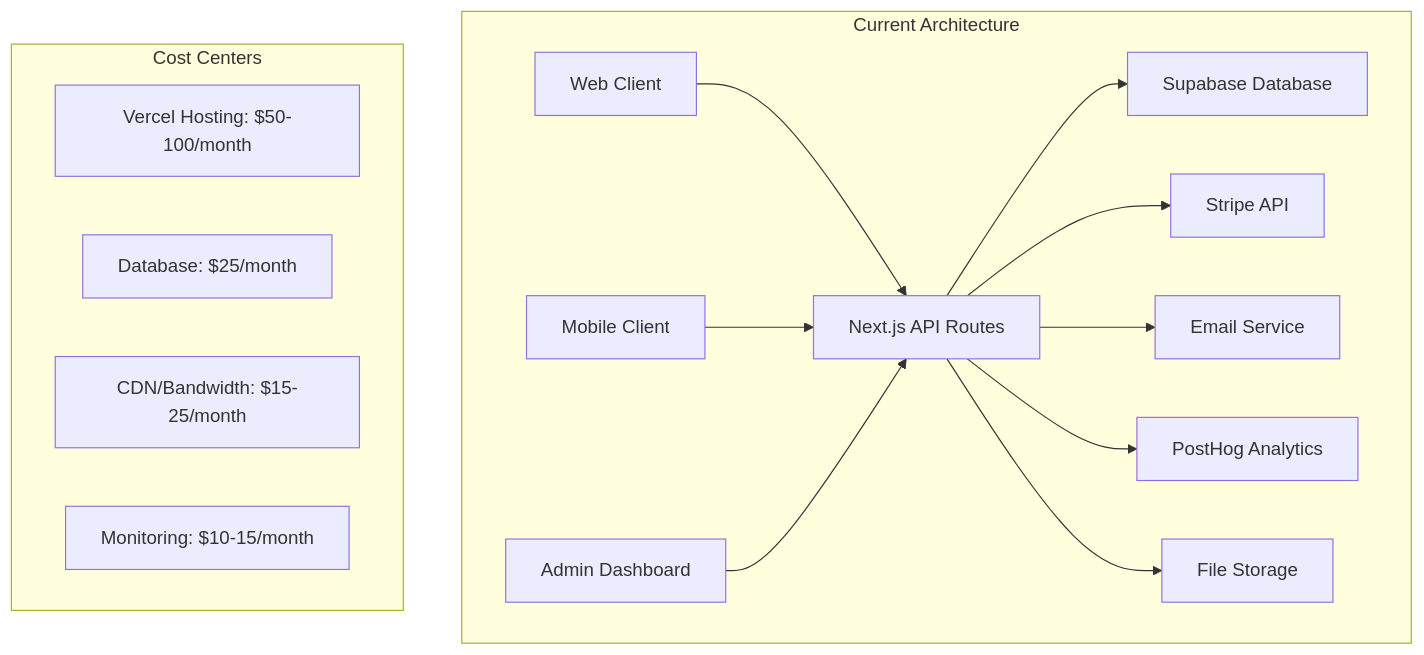
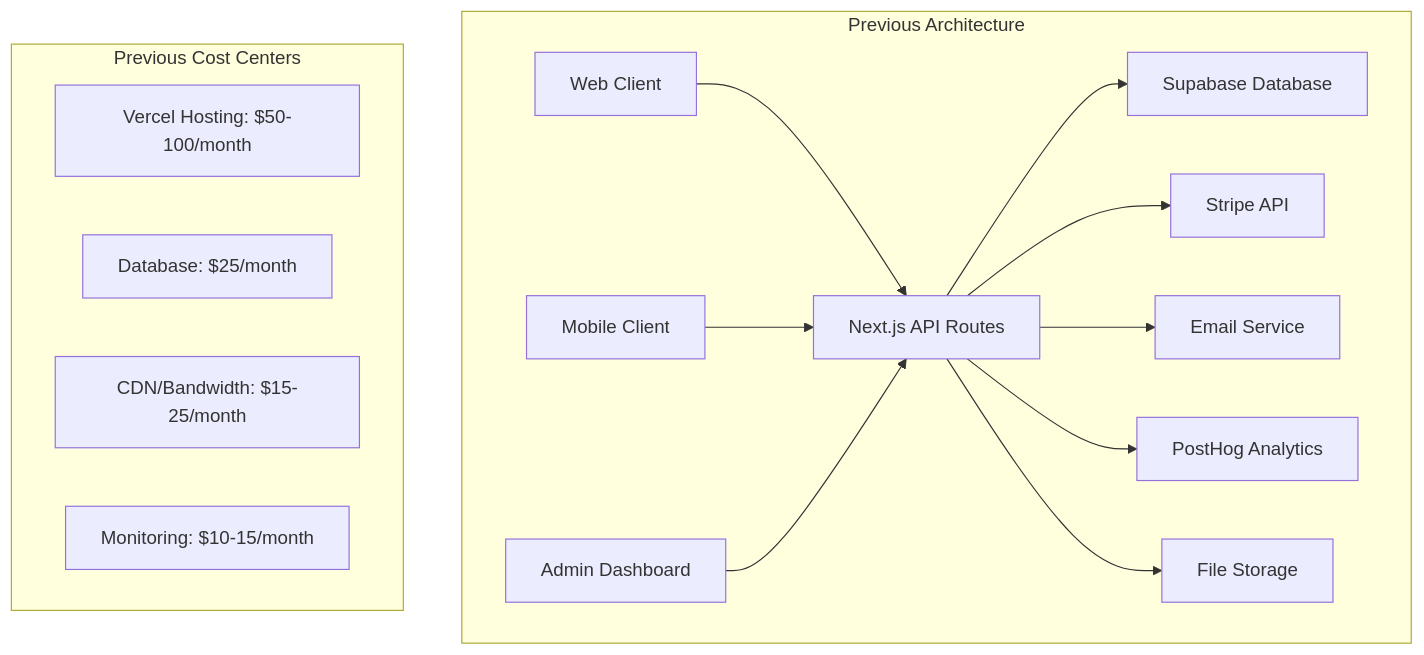
One commit to ai-rio/QuoteKit changed the first of 2 diagrams in docs/edge-functions/technical-architecture.md. Above: the diagram before and after it, drawn with Mermaid. The commit also changed other lines of this file and 25 other files, not shown here.

````diff
--- a/docs/edge-functions/technical-architecture.md
+++ b/docs/edge-functions/technical-architecture.md
@@ -19,21 +20,21 @@
 ```mermaid
 graph TB
-    subgraph "Current Architecture"
+    subgraph "Previous Architecture"
         A[Web Client] --> B[Next.js API Routes]
         C[Mobile Client] --> B
         D[Admin Dashboard] --> B
         
         B --> E[Supabase Database]
         B --> F[Stripe API]
         B --> G[Email Service] 
         B --> H[PostHog Analytics]
         B --> I[File Storage]
     end
     
-    subgraph "Cost Centers"
+    subgraph "Previous Cost Centers"
         J[Vercel Hosting: $50-100/month]
         K[Database: $25/month]
         L[CDN/Bandwidth: $15-25/month]
         M[Monitoring: $10-15/month]
     end
 ```
````
